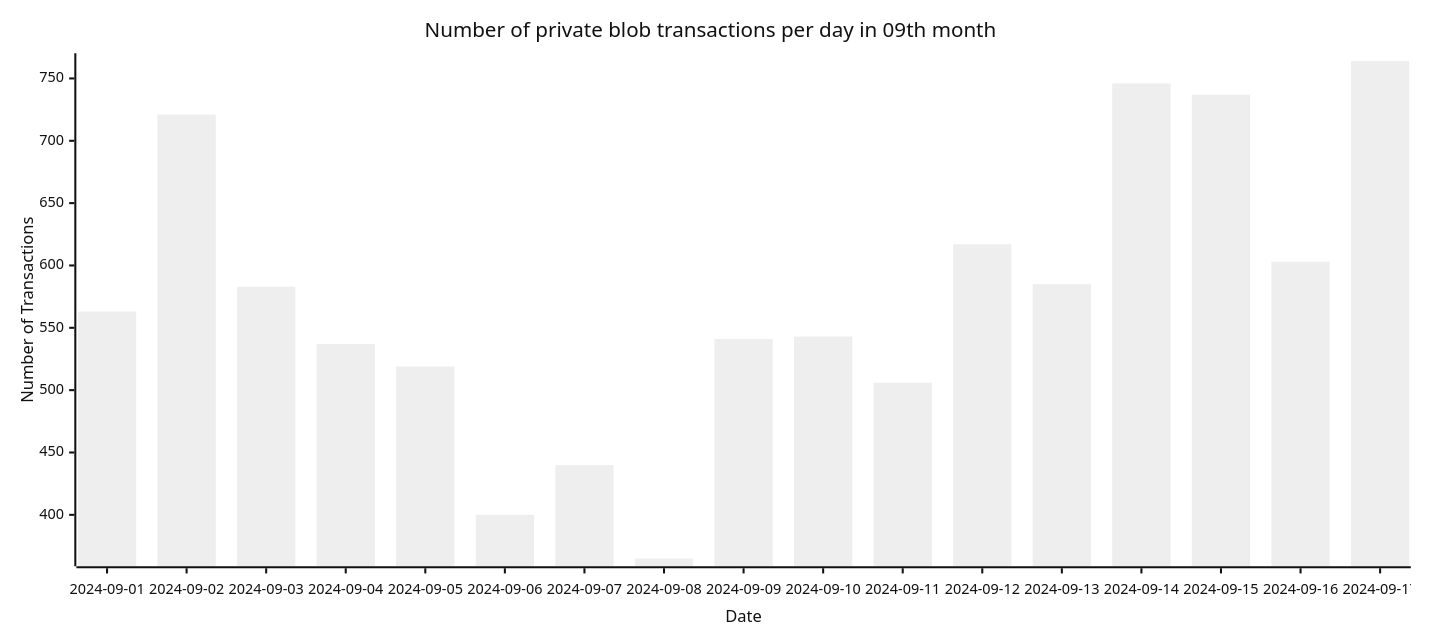
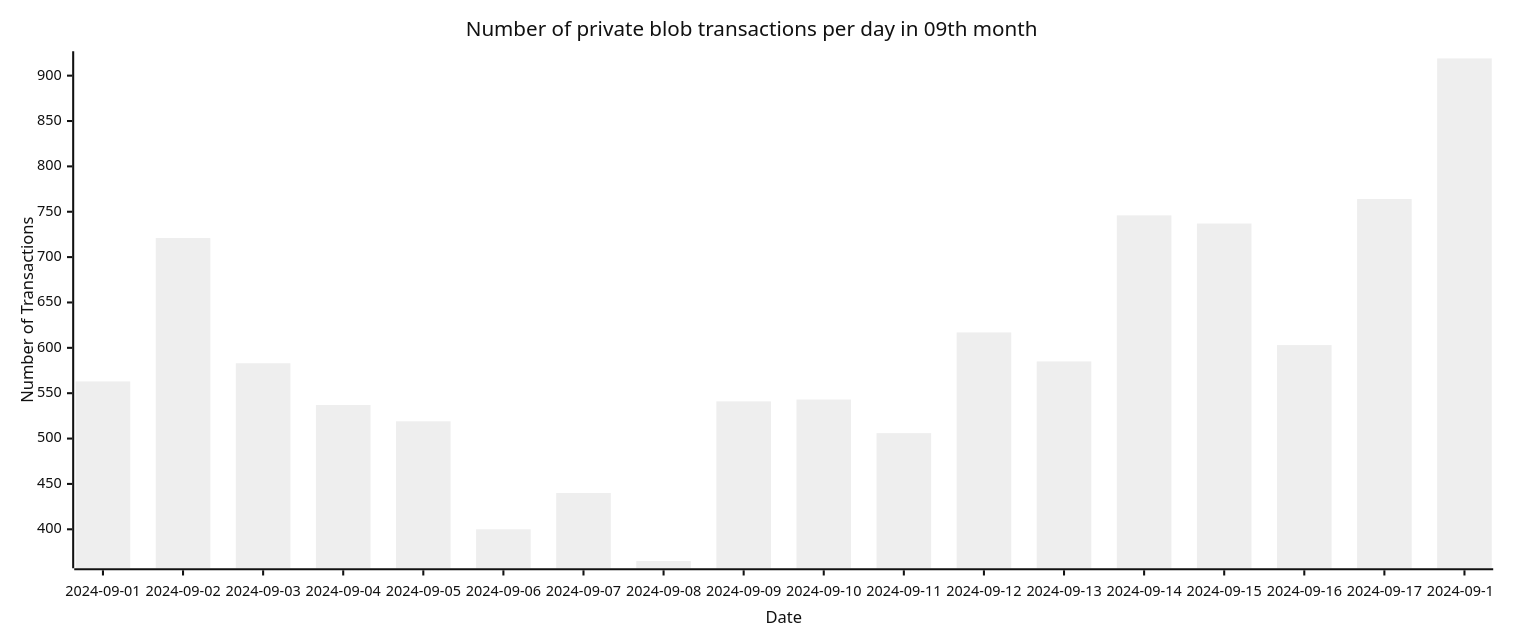
Before and after one commit to Amit0617/eip4844-data: the seventh of 7 diagrams in README.md, drawn with Mermaid (neutral theme). The commit also changed 1 other file, not shown here.

````diff
--- a/README.md
+++ b/README.md
@@ -79,12 +79,12 @@
 ```mermaid
 ---
 config:
     xyChart:
-        width: 1360
+        width: 1440
         height: 600
 ---
 xychart-beta title "Number of private blob transactions per day in 09th month"
-x-axis "Date" [2024-09-01,2024-09-02,2024-09-03,2024-09-04,2024-09-05,2024-09-06,2024-09-07,2024-09-08,2024-09-09,2024-09-10,2024-09-11,2024-09-12,2024-09-13,2024-09-14,2024-09-15,2024-09-16,2024-09-17]
+x-axis "Date" [2024-09-01,2024-09-02,2024-09-03,2024-09-04,2024-09-05,2024-09-06,2024-09-07,2024-09-08,2024-09-09,2024-09-10,2024-09-11,2024-09-12,2024-09-13,2024-09-14,2024-09-15,2024-09-16,2024-09-17,2024-09-18]
 y-axis "Number of Transactions"
-bar[563,721,583,537,519,400,440,365,541,543,506,617,585,746,737,603,764]
+bar[563,721,583,537,519,400,440,365,541,543,506,617,585,746,737,603,764,919]
 ```
````
